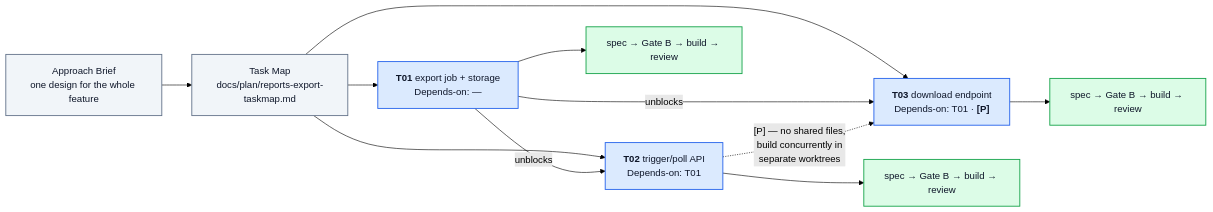
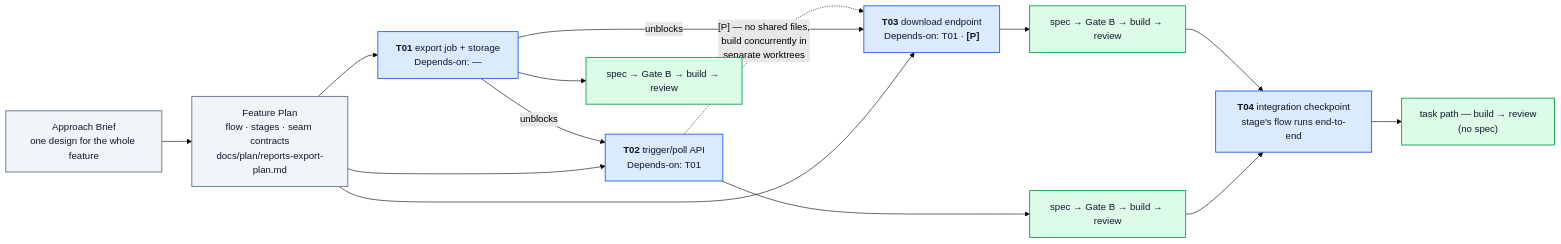
One commit to AmirAnckonina/aa-agentic-workflow changed the fourth of 4 diagrams in docs/WORKFLOW.md. Above: the diagram before and after it, drawn with Mermaid (forest theme). The commit also changed other lines of this file and 9 other files, not shown here.

````diff
--- a/docs/WORKFLOW.md
+++ b/docs/WORKFLOW.md
@@ -167,23 +169,27 @@
 ```mermaid
 flowchart LR
-    BR["Approach Brief<br/>one design for the whole feature"] --> TM["Task Map<br/>docs/plan/reports-export-taskmap.md"]
+    BR["Approach Brief<br/>one design for the whole feature"] --> TM["Feature Plan<br/>flow · stages · seam contracts<br/>docs/plan/reports-export-plan.md"]
 
     TM --> T01["<b>T01</b> export job + storage<br/>Depends-on: —"]
     TM --> T02["<b>T02</b> trigger/poll API<br/>Depends-on: T01"]
     TM --> T03["<b>T03</b> download endpoint<br/>Depends-on: T01 · <b>[P]</b>"]
 
     T01 -->|unblocks| T02
     T01 -->|unblocks| T03
     T02 -.->|"[P] — no shared files,<br/>build concurrently in<br/>separate worktrees"| T03
 
     T01 --> S1["spec → Gate B → build → review"]
     T02 --> S2["spec → Gate B → build → review"]
     T03 --> S3["spec → Gate B → build → review"]
 
+    S2 --> T04["<b>T04</b> integration checkpoint<br/>stage's flow runs end-to-end"]
+    S3 --> T04
+    T04 --> S4["task path — build → review<br/>(no spec)"]
+
     classDef art fill:#f1f5f9,stroke:#64748b,stroke-width:1.5px,color:#0f172a
     classDef task fill:#dbeafe,stroke:#2563eb,stroke-width:1.5px,color:#0f172a
     classDef run fill:#dcfce7,stroke:#16a34a,stroke-width:1.5px,color:#0f172a
     class BR,TM art
-    class T01,T02,T03 task
-    class S1,S2,S3 run
+    class T01,T02,T03,T04 task
+    class S1,S2,S3,S4 run
 ```
````
